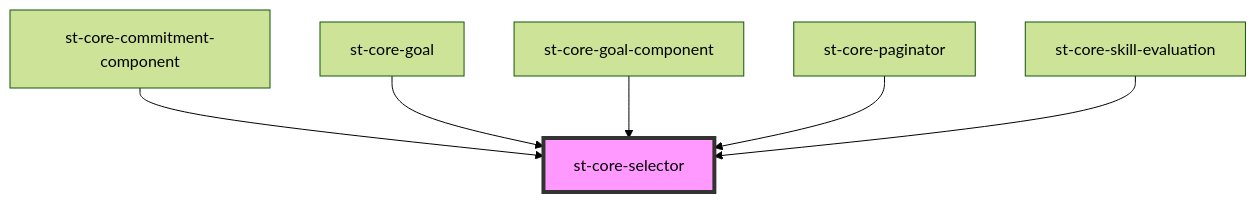
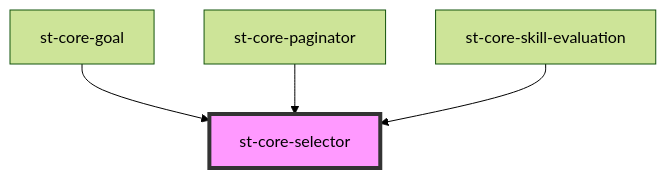
Before and after one commit to jamesmont007/lighthouse-ui-core-stencil: the diagram in library/src/components/core-selector/readme.md, drawn with Mermaid (forest theme). The commit also changed 8 other files, not shown here.

````diff
--- a/library/src/components/core-selector/readme.md
+++ b/library/src/components/core-selector/readme.md
@@ -37,9 +37,7 @@
 ```mermaid
 graph TD;
-  st-core-commitment-component --> st-core-selector
   st-core-goal --> st-core-selector
-  st-core-goal-component --> st-core-selector
   st-core-paginator --> st-core-selector
   st-core-skill-evaluation --> st-core-selector
   style st-core-selector fill:#f9f,stroke:#333,stroke-width:4px
 ```
````
